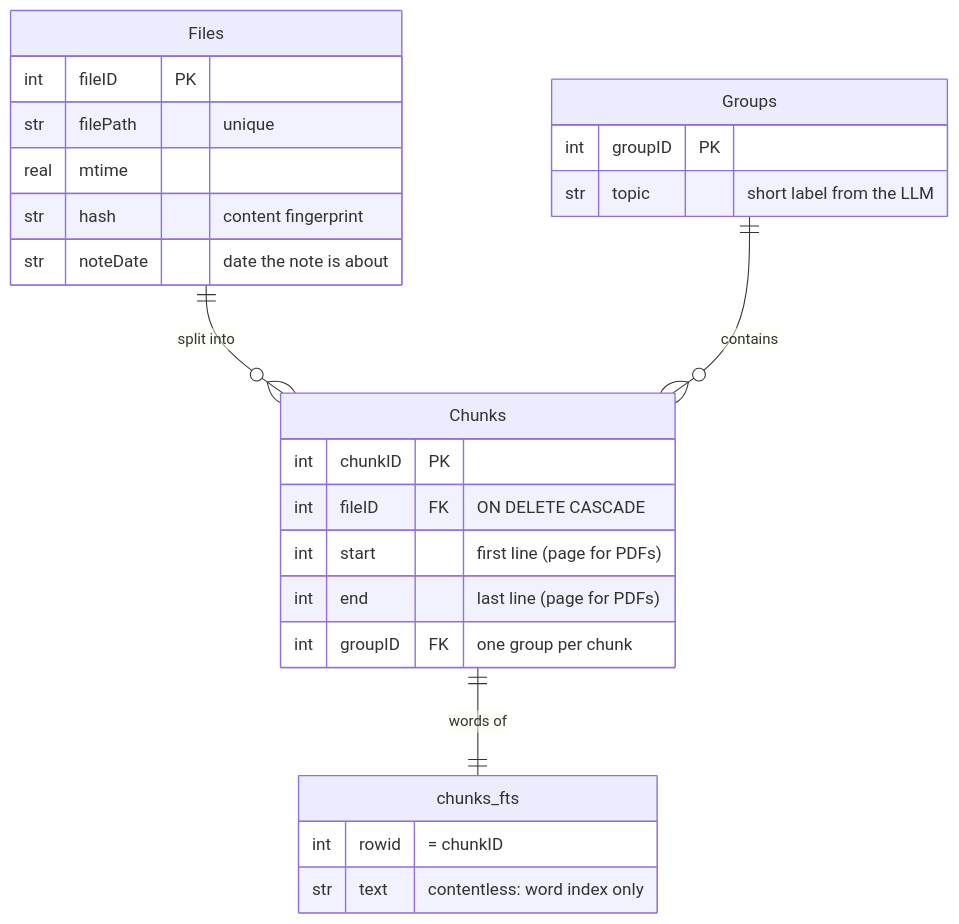
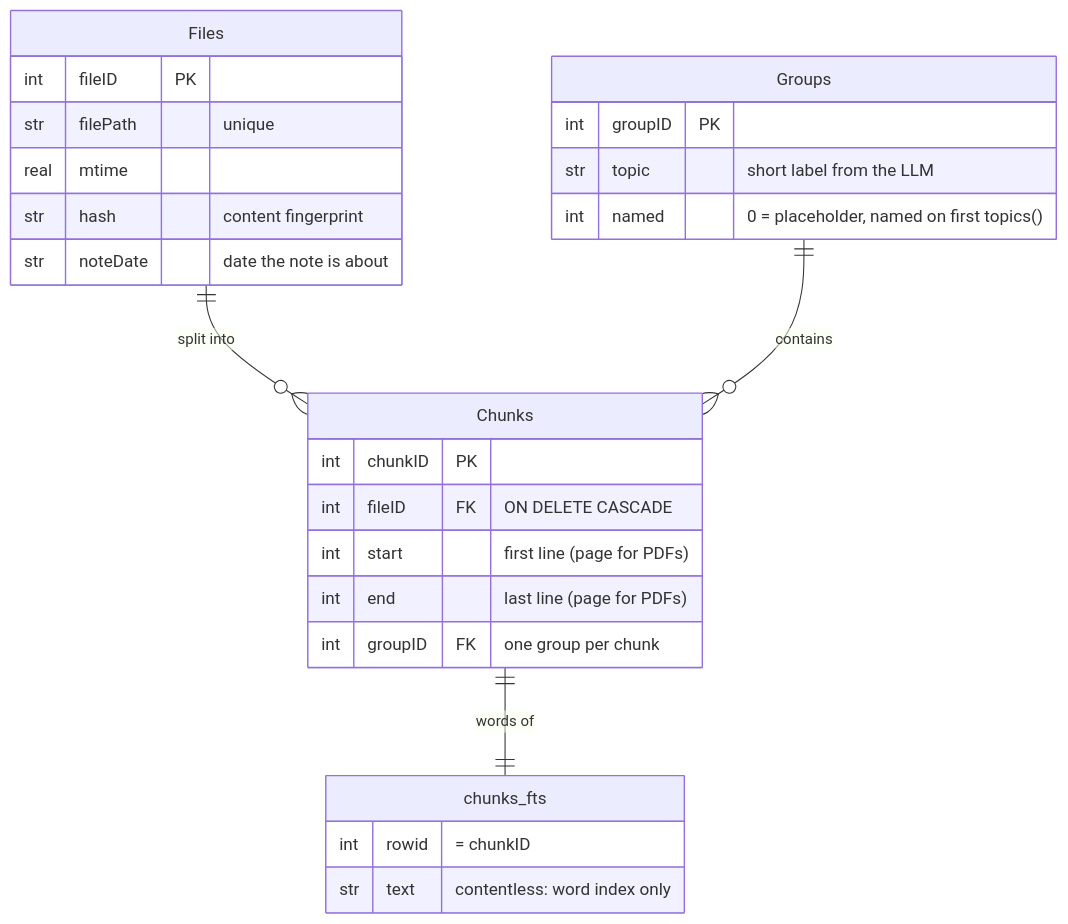
The diagram in docs/DB_DESIGN.md (lynngoh7/pfizer-newpage-hackathon), drawn with Mermaid before and after one commit. The commit also changed other lines of this file and 8 other files, not shown here.

````diff
--- a/docs/DB_DESIGN.md
+++ b/docs/DB_DESIGN.md
@@ -11,29 +11,30 @@
 ```mermaid
 erDiagram
     Files  ||--o{ Chunks : "split into"
     Groups ||--o{ Chunks : "contains"
     Chunks ||--|| chunks_fts : "words of"
 
     Files {
         int  fileID PK
         str  filePath "unique"
         real mtime
         str  hash "content fingerprint"
         str  noteDate "date the note is about"
     }
     Chunks {
         int chunkID PK
         int fileID FK "ON DELETE CASCADE"
         int start "first line (page for PDFs)"
         int end   "last line (page for PDFs)"
         int groupID FK "one group per chunk"
     }
     Groups {
         int groupID PK
         str topic "short label from the LLM"
+        int named "0 = placeholder, named on first topics()"
     }
     chunks_fts {
         int rowid "= chunkID"
         str text "contentless: word index only"
     }
 ```
````
